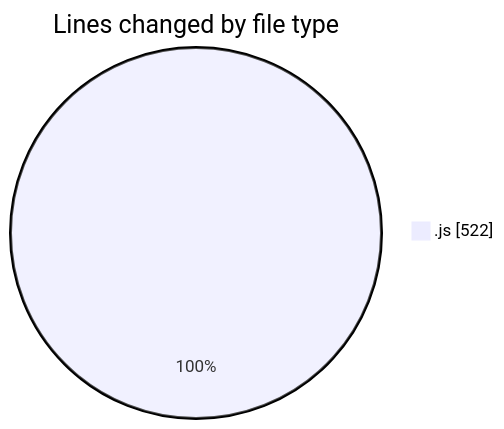
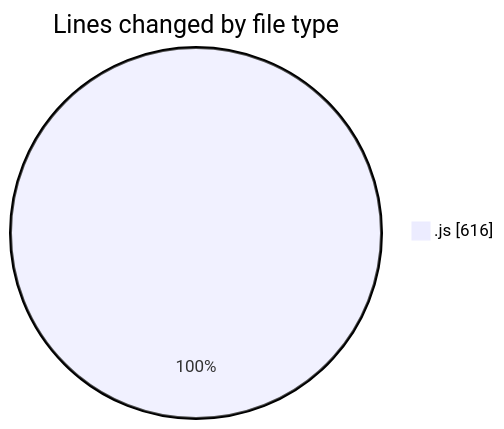
One commit to BS-eng2023/code-tracking changed the first of 2 diagrams in 2025-04-03/jsvms/README.md. Above: the diagram before and after it, drawn with Mermaid. The commit also changed other lines of this file and 1 other file, not shown here.

````diff
--- a/2025-04-03/jsvms/README.md
+++ b/2025-04-03/jsvms/README.md
@@ -23,5 +24,5 @@
 ```mermaid
 pie showData
 title Lines changed by file type
-".js" : 522
+".js" : 616
 ```
````
